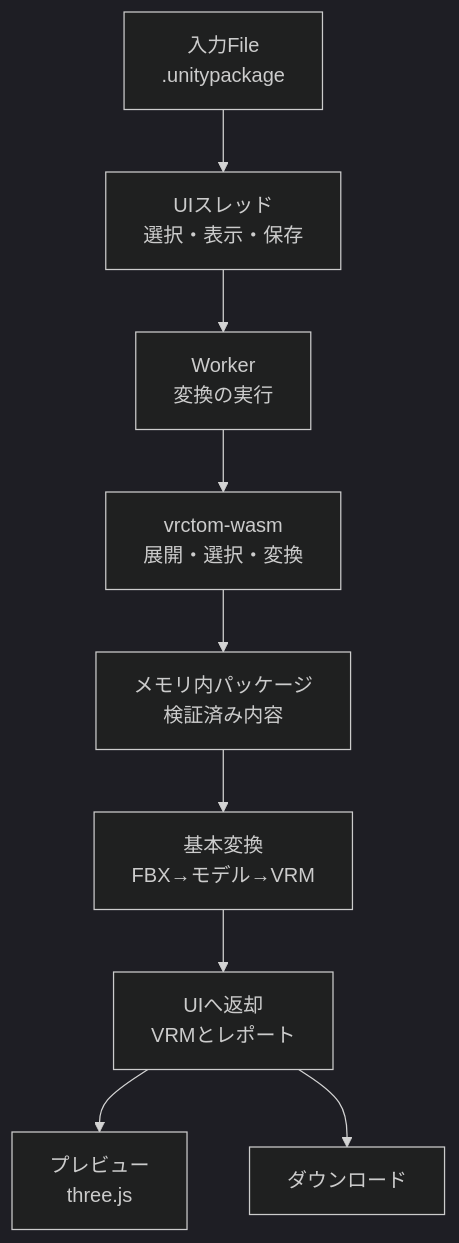
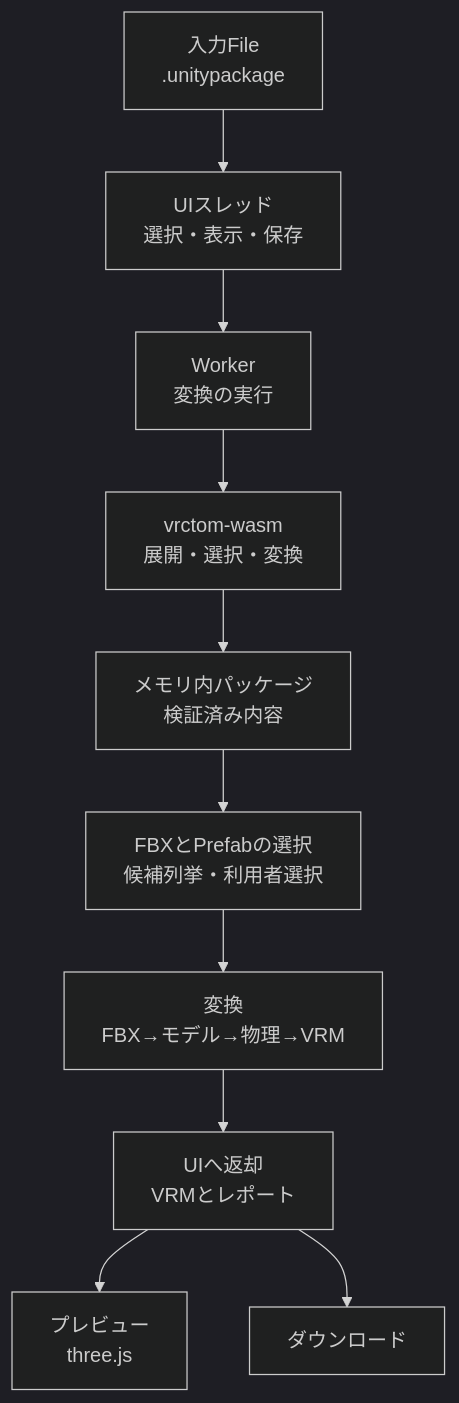
The first of 2 diagrams in design/Webアプリ.md (halby24/vrctom), drawn with Mermaid (dark theme) before and after one commit. The commit also changed other lines of this file and 24 other files, not shown here.

````diff
--- a/design/Webアプリ.md
+++ b/design/Webアプリ.md
@@ -19,11 +19,12 @@
 ```mermaid
 flowchart TB
     file[入力File<br/>.unitypackage] --> ui[UIスレッド<br/>選択・表示・保存]
     ui --> worker[Worker<br/>変換の実行]
     worker --> wasm[vrctom-wasm<br/>展開・選択・変換]
     wasm --> mem[メモリ内パッケージ<br/>検証済み内容]
-    mem --> conv[基本変換<br/>FBX→モデル→VRM]
+    mem --> fbxsel[FBXとPrefabの選択<br/>候補列挙・利用者選択]
+    fbxsel --> conv[変換<br/>FBX→モデル→物理→VRM]
     conv --> back[UIへ返却<br/>VRMとレポート]
     back --> prev[プレビュー<br/>three.js]
     back --> dl[ダウンロード]
 ```
````
